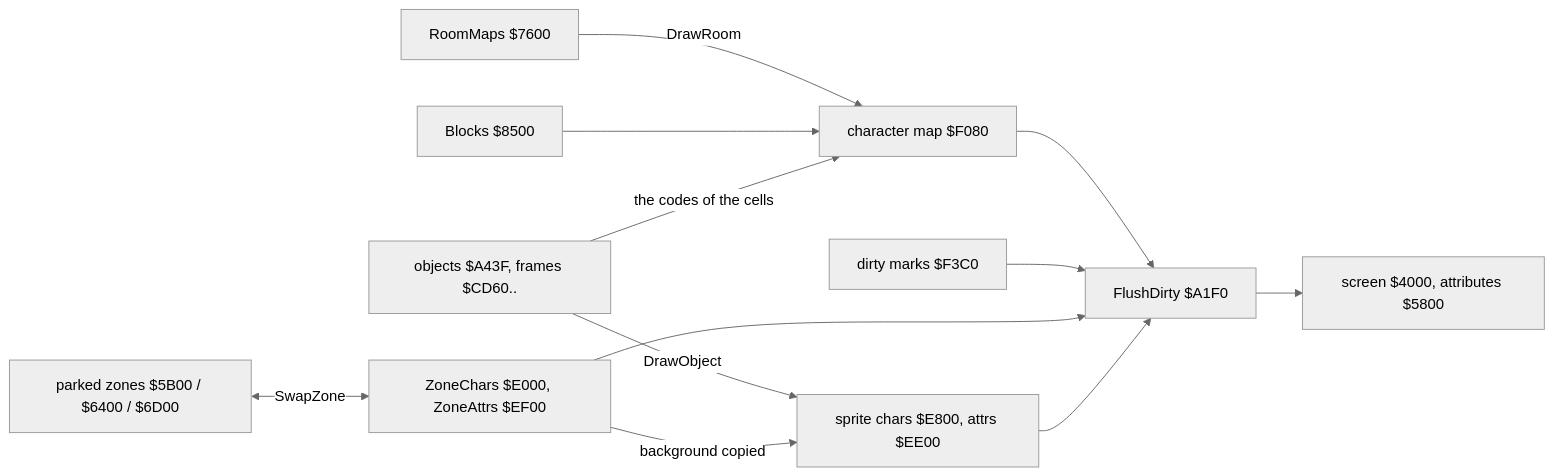
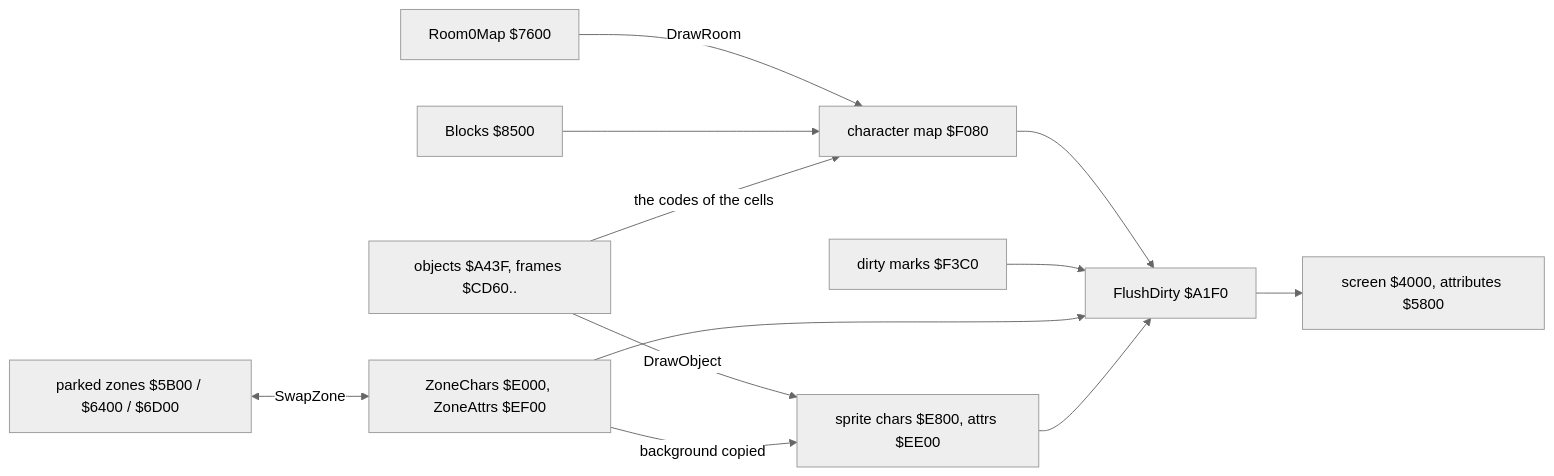
Before and after one commit to alfishe/unrealng-reverse-cases: the first of 4 diagrams in games/mask-iii/docs/06-rendering.md, drawn with Mermaid (neutral theme). The commit also changed other lines of this file and 20 other files, not shown here.

````diff
--- a/games/mask-iii/docs/06-rendering.md
+++ b/games/mask-iii/docs/06-rendering.md
@@ -69,14 +69,14 @@
 ```mermaid
 flowchart LR
-    M["RoomMaps $7600"] -->|DrawRoom| CM["character map $F080"]
+    M["Room0Map $7600"] -->|DrawRoom| CM["character map $F080"]
     B["Blocks $8500"] --> CM
     P["parked zones $5B00 / $6400 / $6D00"] <-->|SwapZone| Z["ZoneChars $E000, ZoneAttrs $EF00"]
     O["objects $A43F, frames $CD60.."] -->|DrawObject| S["sprite chars $E800, attrs $EE00"]
     Z -->|background copied| S
     O -->|"the codes of the cells"| CM
     CM --> F["FlushDirty $A1F0"]
     D["dirty marks $F3C0"] --> F
     Z --> F
     S --> F
     F --> SC["screen $4000, attributes $5800"]
 ```
````
